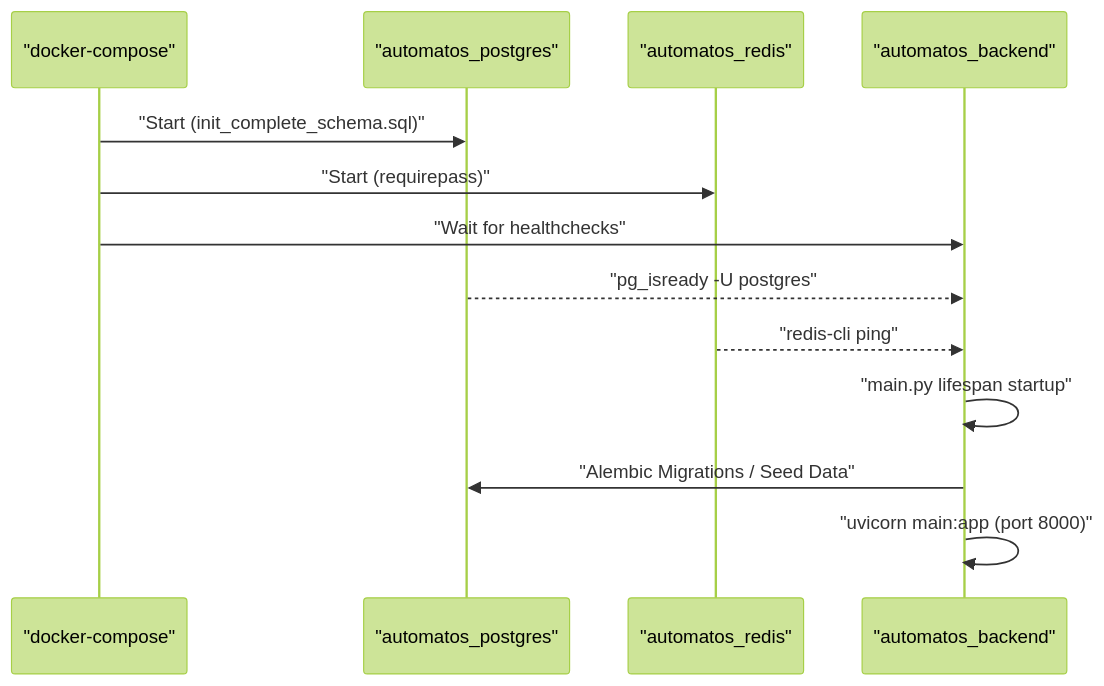
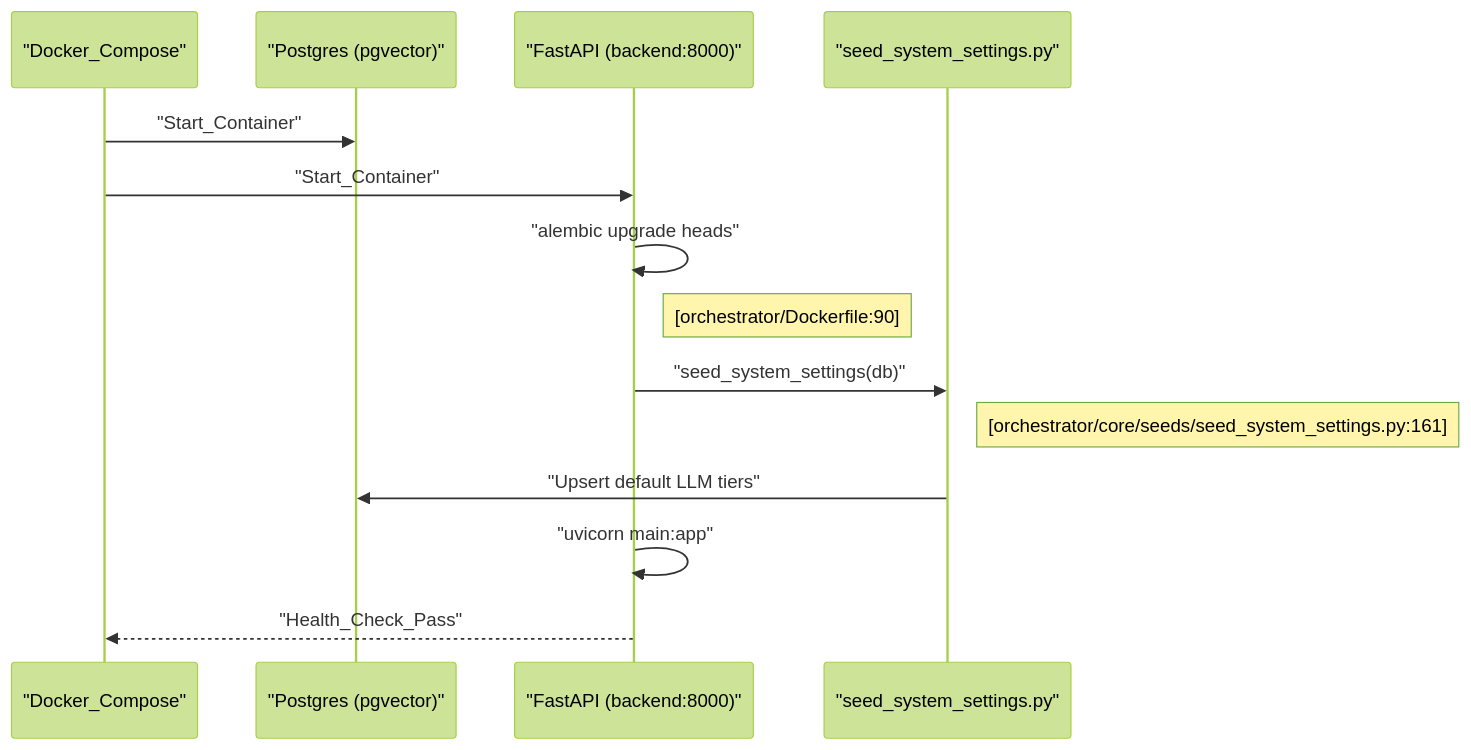
One commit to AutomatosAI/automatos-ai changed the second of 2 diagrams in docs/getting-started/_index.md. Above: the diagram before and after it, drawn with Mermaid (forest theme). The commit also changed other lines of this file and 153 other files, not shown here.

````diff
--- a/docs/getting-started/_index.md
+++ b/docs/getting-started/_index.md
@@ -114,16 +124,17 @@
 ```mermaid
 sequenceDiagram
-    participant Compose as "docker-compose"
-    participant PG as "automatos_postgres"
-    participant Redis as "automatos_redis"
-    participant Backend as "automatos_backend"
+    participant DC as "Docker_Compose"
+    participant DB as "Postgres (pgvector)"
+    participant BE as "FastAPI (backend:8000)"
+    participant Seed as "seed_system_settings.py"
     
-    Compose->>PG: "Start (init_complete_schema.sql)"
-    Compose->>Redis: "Start (requirepass)"
-    Compose->>Backend: "Wait for healthchecks"
-    PG-->>Backend: "pg_isready -U postgres"
-    Redis-->>Backend: "redis-cli ping"
-    Backend->>Backend: "main.py lifespan startup"
-    Backend->>PG: "Alembic Migrations / Seed Data"
-    Backend->>Backend: "uvicorn main:app (port 8000)"
+    DC->>DB: "Start_Container"
+    DC->>BE: "Start_Container"
+    BE->>BE: "alembic upgrade heads"
+    Note right of BE: [orchestrator/Dockerfile:90]
+    BE->>Seed: "seed_system_settings(db)"
+    Note right of Seed: [orchestrator/core/seeds/seed_system_settings.py:161]
+    Seed->>DB: "Upsert default LLM tiers"
+    BE->>BE: "uvicorn main:app"
+    BE-->>DC: "Health_Check_Pass"
 ```
````
